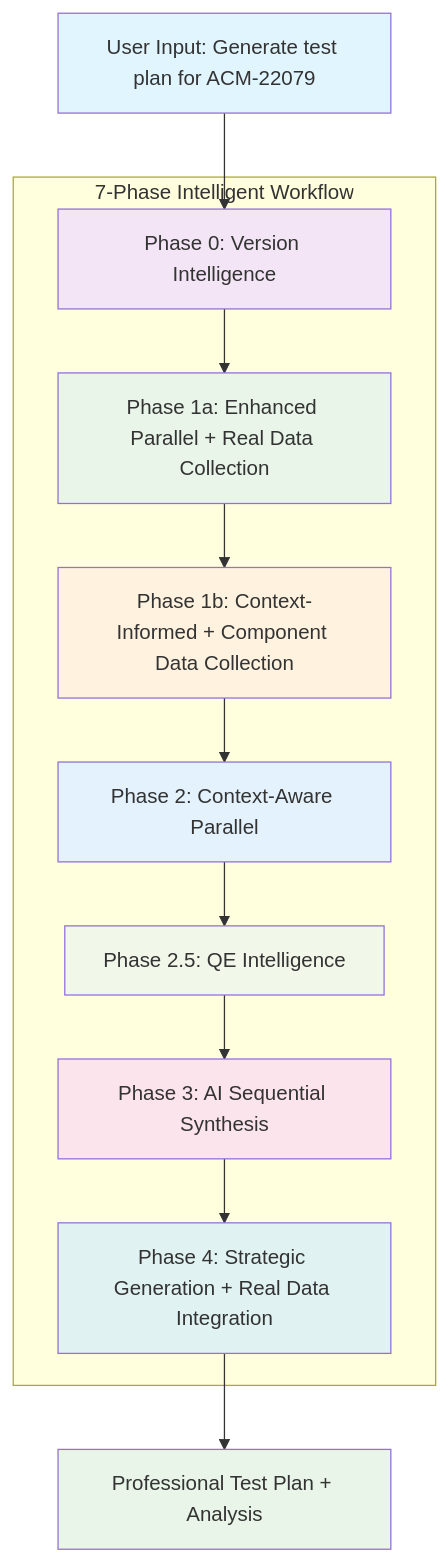
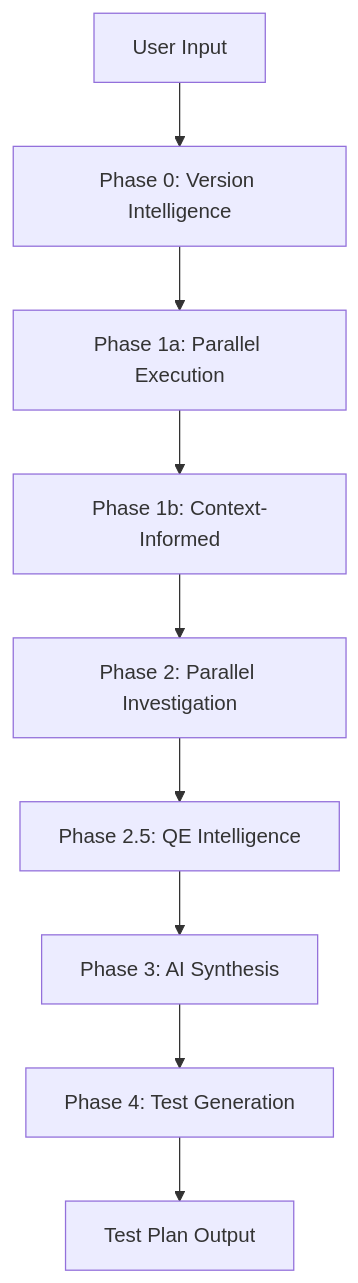
One commit to stolostron/ai-test-gen changed the first of 29 diagrams in apps/claude-test-generator/docs/framework-workflow-details.md. Above: the diagram before and after it, drawn with Mermaid. The commit also changed other lines of this file and 15 other files, not shown here.

First line of the commit message:
🛡️ CRITICAL SECURITY: Implement comprehensive AI security architecture

````diff
--- a/apps/claude-test-generator/docs/framework-workflow-details.md
+++ b/apps/claude-test-generator/docs/framework-workflow-details.md
@@ -30,35 +30,13 @@
 ```mermaid
 flowchart TD
-    USER[User Input: Generate test plan for ACM-22079]
+    USER[User Input] --> P0[Phase 0: Version Intelligence]
     
-    subgraph "7-Phase Intelligent Workflow"
-        P0[Phase 0: Version Intelligence]
-        P1A[Phase 1a: Enhanced Parallel + Real Data Collection]  
-        P1B[Phase 1b: Context-Informed + Component Data Collection]
-        P2[Phase 2: Context-Aware Parallel]
-        P25[Phase 2.5: QE Intelligence]
-        P3[Phase 3: AI Sequential Synthesis]
-        P4[Phase 4: Strategic Generation + Real Data Integration]
-    end
+    P0 --> P1A[Phase 1a: Parallel Execution]
+    P1A --> P1B[Phase 1b: Context-Informed]
+    P1B --> P2[Phase 2: Parallel Investigation]
+    P2 --> P25[Phase 2.5: QE Intelligence]
+    P25 --> P3[Phase 3: AI Synthesis]
+    P3 --> P4[Phase 4: Test Generation]
     
-    RESULT[Professional Test Plan + Analysis]
-    
-    USER --> P0
-    P0 --> P1A
-    P1A --> P1B
-    P1B --> P2
-    P2 --> P25
-    P25 --> P3
-    P3 --> P4
-    P4 --> RESULT
-    
-    style USER fill:#e1f5fe
-    style P0 fill:#f3e5f5
-    style P1A fill:#e8f5e8
-    style P1B fill:#fff3e0
-    style P2 fill:#e3f2fd
-    style P25 fill:#f1f8e9
-    style P3 fill:#fce4ec
-    style P4 fill:#e0f2f1
-    style RESULT fill:#e8f5e8
+    P4 --> RESULT[Test Plan Output]
 ```
````
